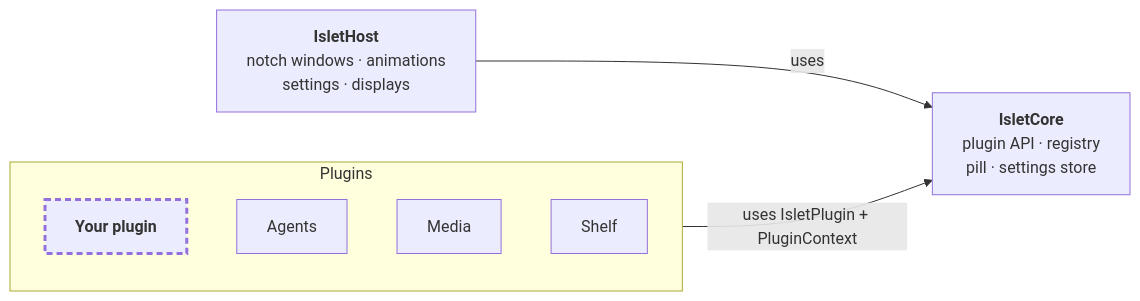
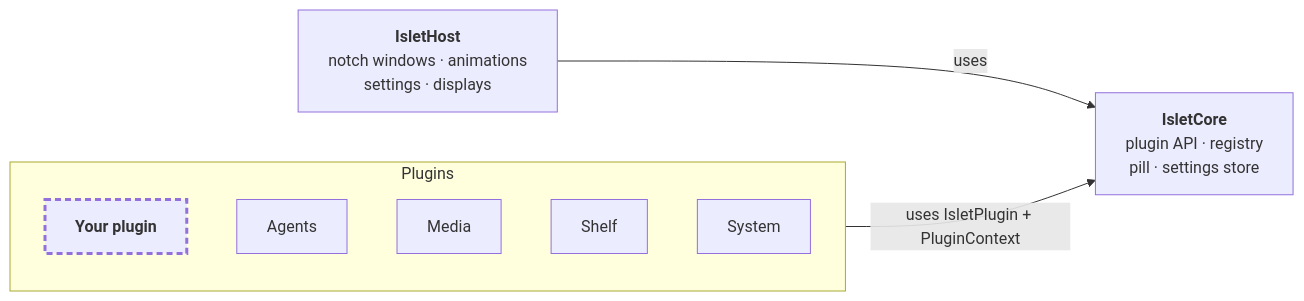
One commit to MariSchn/Islet changed the diagram in README.md. Above: the diagram before and after it, drawn with Mermaid. The commit also changed other lines of this file and 20 other files, not shown here.

````diff
--- a/README.md
+++ b/README.md
@@ -192,15 +198,16 @@
 ```mermaid
 flowchart LR
     subgraph plugins["Plugins"]
         direction TB
         yours["<b>Your plugin</b>"]
         agents["Agents"]
         media["Media"]
         shelf["Shelf"]
+        system["System"]
     end
     core["<b>IsletCore</b><br/>plugin API · registry<br/>pill · settings store"]
     host["<b>IsletHost</b><br/>notch windows · animations<br/>settings · displays"]
     plugins -->|"uses IsletPlugin + PluginContext"| core
     host -->|uses| core
     style yours stroke-width:3px,stroke-dasharray:6 4
 ```
````
